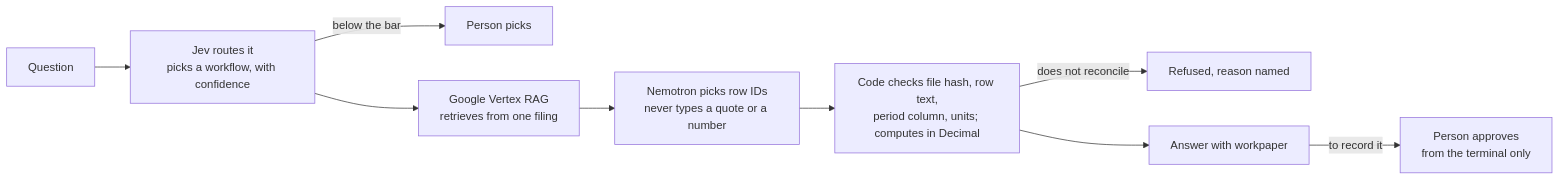
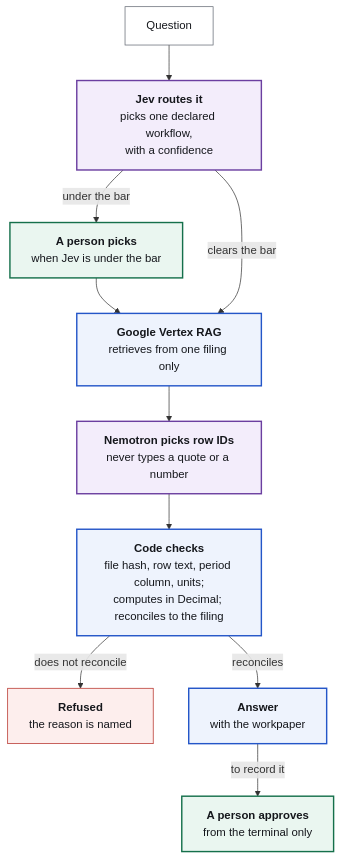
One commit to 0xtigerclaw/finrail changed the diagram in README.md. Above: the diagram before and after it, drawn with Mermaid. The commit also changed other lines of this file and 1 other file, not shown here.

Commit message:
README: screenshot, the three kinds of step, a readable flow diagram, a no-model check
Adds the code, judgement and approval table, redraws the flow top to bottom colored by
kind, shows the offline refusal tests as one command, and places Finrail as the workflow
layer described in the Frontier Investment House essay.

````diff
--- a/README.md
+++ b/README.md
@@ -25,11 +39,26 @@
 ```mermaid
-flowchart LR
-    Q[Question] --> J[Jev routes it<br/>picks a workflow, with confidence]
-    J -->|below the bar| P1[Person picks]
-    J --> R[Google Vertex RAG<br/>retrieves from one filing]
-    R --> N[Nemotron picks row IDs<br/>never types a quote or a number]
-    N --> C[Code checks file hash, row text,<br/>period column, units; computes in Decimal]
-    C -->|does not reconcile| X[Refused, reason named]
-    C --> A[Answer with workpaper]
-    A -->|to record it| H[Person approves<br/>from the terminal only]
+flowchart TB
+    Q["Question"]:::q
+    J["<b>Jev routes it</b><br/>picks one declared workflow,<br/>with a confidence"]:::model
+    P["<b>A person picks</b><br/>when Jev is under the bar"]:::human
+    R["<b>Google Vertex RAG</b><br/>retrieves from one filing only"]:::code
+    N["<b>Nemotron picks row IDs</b><br/>never types a quote or a number"]:::model
+    C["<b>Code checks</b><br/>file hash, row text, period column, units;<br/>computes in Decimal; reconciles to the filing"]:::code
+    X["<b>Refused</b><br/>the reason is named"]:::deny
+    A["<b>Answer</b><br/>with the workpaper"]:::code
+    H["<b>A person approves</b><br/>from the terminal only"]:::human
+
+    Q --> J
+    J -->|under the bar| P --> R
+    J -->|clears the bar| R
+    R --> N --> C
+    C -->|does not reconcile| X
+    C -->|reconciles| A
+    A -->|to record it| H
+
+    classDef q fill:#ffffff,stroke:#5f6570,color:#15171c
+    classDef model fill:#f3edfb,stroke:#6b3fa0,stroke-width:2px,color:#15171c
+    classDef code fill:#eef3fd,stroke:#2456c8,stroke-width:2px,color:#15171c
+    classDef human fill:#eaf6f0,stroke:#15704b,stroke-width:2px,color:#15171c
+    classDef deny fill:#fdeeed,stroke:#b3261e,color:#15171c
 ```
````
